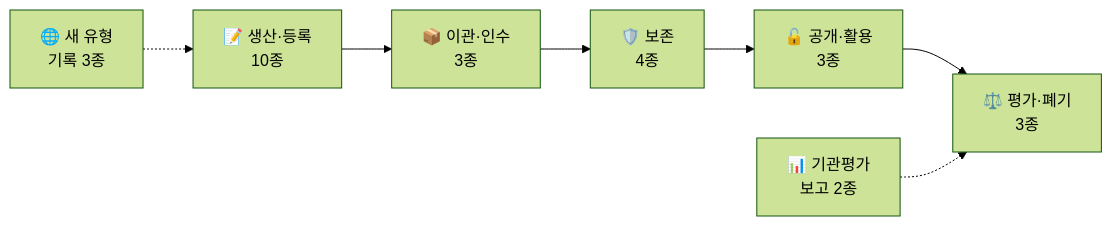
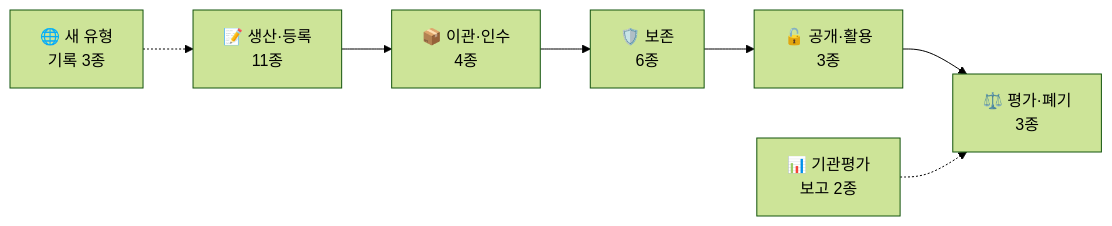
Before and after one commit to changgi/archive-bm-tools: the first of 2 diagrams in README.md, drawn with Mermaid (forest theme). The commit also changed other lines of this file and 32 other files, not shown here.

````diff
--- a/README.md
+++ b/README.md
@@ -41,9 +53,9 @@
 ```mermaid
 flowchart LR
-    A["📝 생산·등록<br/>10종"] --> B["📦 이관·인수<br/>3종"]
-    B --> C["🛡️ 보존<br/>4종"]
+    A["📝 생산·등록<br/>11종"] --> B["📦 이관·인수<br/>4종"]
+    B --> C["🛡️ 보존<br/>6종"]
     C --> D["🔓 공개·활용<br/>3종"]
     D --> E["⚖️ 평가·폐기<br/>3종"]
     N["🌐 새 유형<br/>기록 3종"] -.-> A
     R["📊 기관평가<br/>보고 2종"] -.-> E
 ```
````
